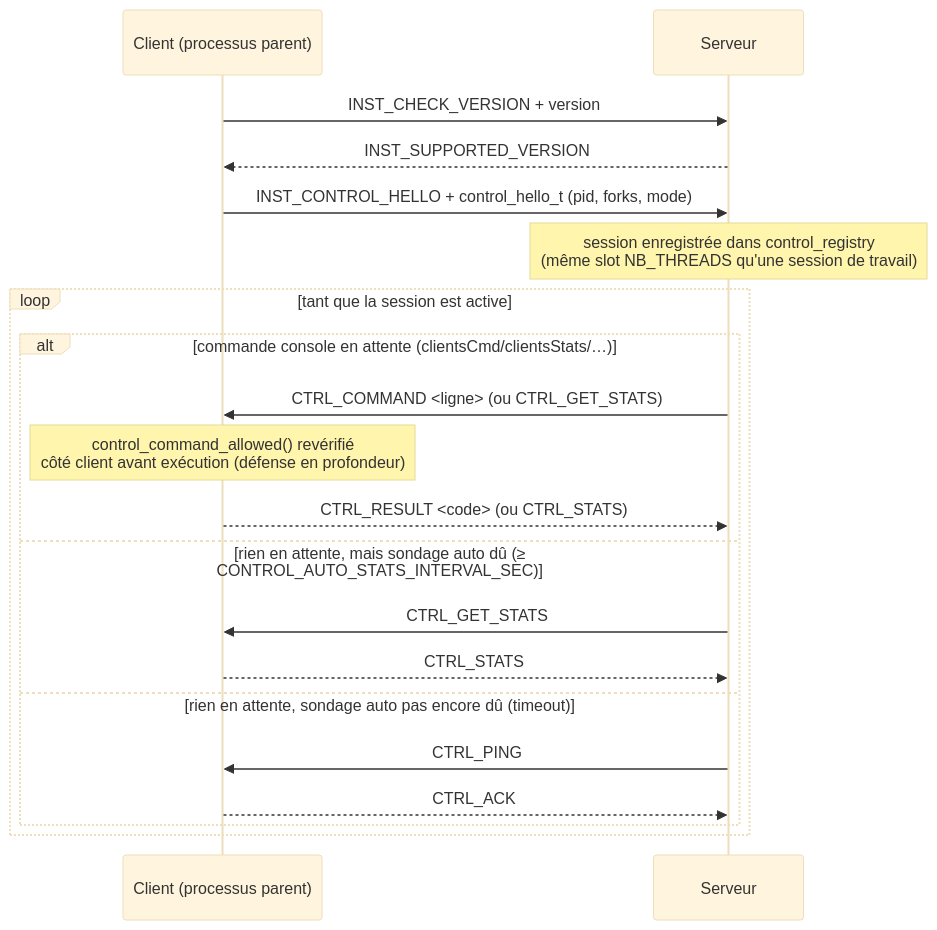
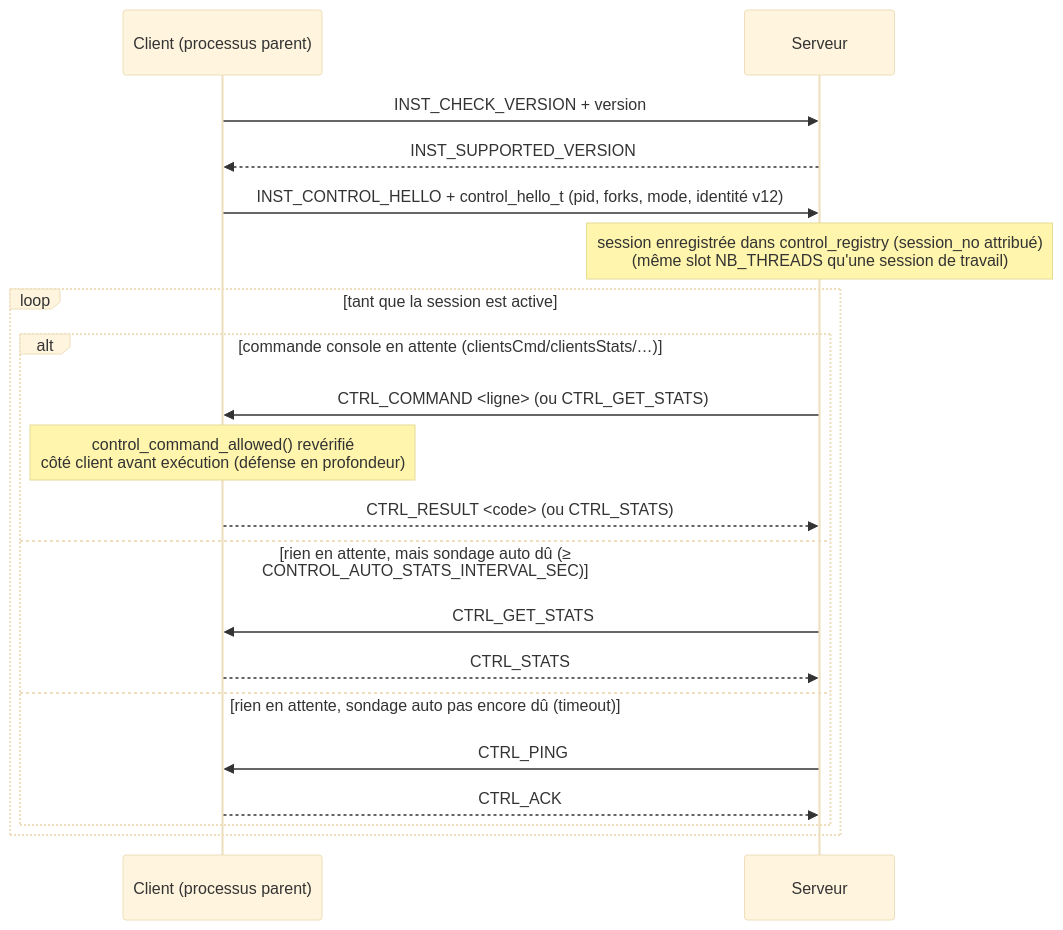
One commit to xaviergriffon/eternityII changed the fifth of 6 diagrams in docs/echanges_client_serveur.md. Above: the diagram before and after it, drawn with Mermaid (base theme). The commit also changed other lines of this file and 40 other files, not shown here.

````diff
--- a/docs/echanges_client_serveur.md
+++ b/docs/echanges_client_serveur.md
@@ -174,22 +186,22 @@
 ```mermaid
 sequenceDiagram
     participant Cp as Client (processus parent)
     participant S as Serveur
     Cp->>S: INST_CHECK_VERSION + version
     S-->>Cp: INST_SUPPORTED_VERSION
-    Cp->>S: INST_CONTROL_HELLO + control_hello_t (pid, forks, mode)
-    Note over S: session enregistrée dans control_registry<br/>(même slot NB_THREADS qu'une session de travail)
+    Cp->>S: INST_CONTROL_HELLO + control_hello_t (pid, forks, mode, identité v12)
+    Note over S: session enregistrée dans control_registry (session_no attribué)<br/>(même slot NB_THREADS qu'une session de travail)
     loop tant que la session est active
         alt commande console en attente (clientsCmd/clientsStats/…)
             S->>Cp: CTRL_COMMAND <ligne> (ou CTRL_GET_STATS)
             Note over Cp: control_command_allowed() revérifié<br/>côté client avant exécution (défense en profondeur)
             Cp-->>S: CTRL_RESULT <code> (ou CTRL_STATS)
         else rien en attente, mais sondage auto dû (≥ CONTROL_AUTO_STATS_INTERVAL_SEC)
             S->>Cp: CTRL_GET_STATS
             Cp-->>S: CTRL_STATS
         else rien en attente, sondage auto pas encore dû (timeout)
             S->>Cp: CTRL_PING
             Cp-->>S: CTRL_ACK
         end
     end
 ```
````
